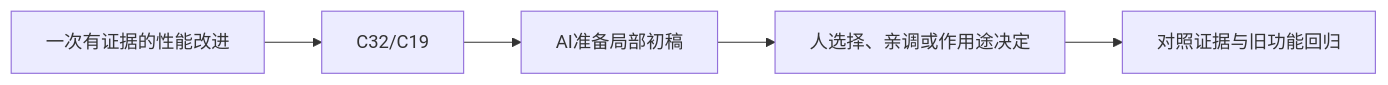
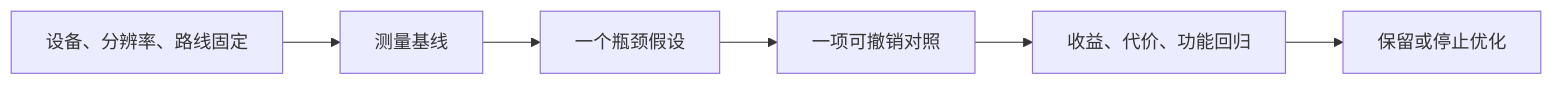
The diagram in curriculum/lessons/A01.md (Zilur/ai-3d-game-learning), drawn with Mermaid before and after one commit. The commit also changed other lines of this file and 164 other files, not shown here.

Commit message:
docs: publish 47 step-by-step AI lesson flows, world upgrade and optional training corner

````diff
--- a/curriculum/lessons/A01.md
+++ b/curriculum/lessons/A01.md
@@ -38,7 +35,8 @@
 ```mermaid
 flowchart LR
-  S["一次有证据的性能改进"] --> K["C32/C19"]
-  K --> AI["AI准备局部初稿"]
-  AI --> H["人选择、亲调或作用途决定"]
-  H --> V["对照证据与旧功能回归"]
+ C["设备、分辨率、路线固定"] --> B["测量基线"]
+ B --> H["一个瓶颈假设"]
+ H --> X["一项可撤销对照"]
+ X --> D["收益、代价、功能回归"]
+ D --> K["保留或停止优化"]
 ```
````
